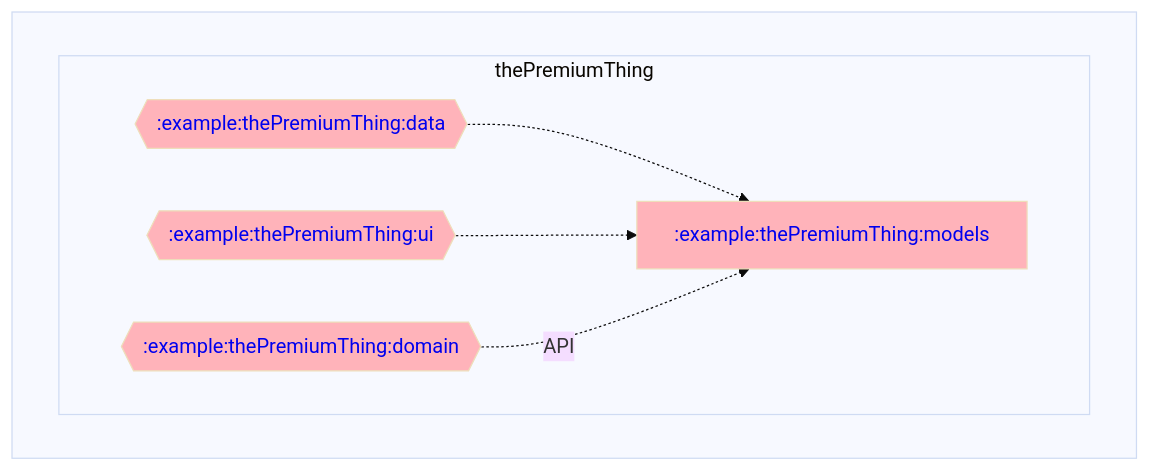
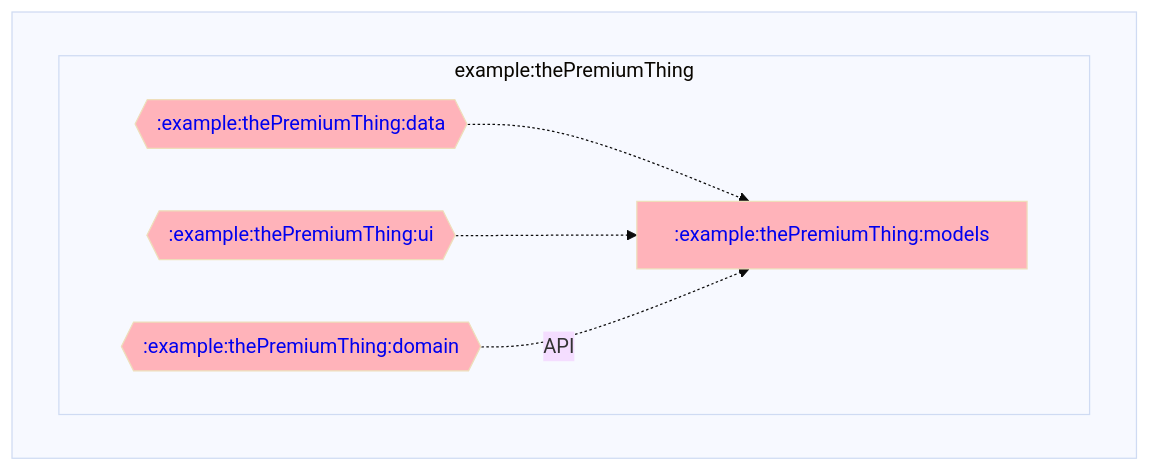
The diagram in example/thePremiumThing/models/dependencyGraph.md (adityabhaskar/Gradle-dependency-graphs), drawn with Mermaid before and after one commit. The commit also changed 13 other files, not shown here.

Commit message:
Updated dependency graphs

````diff
--- a/example/thePremiumThing/models/dependencyGraph.md
+++ b/example/thePremiumThing/models/dependencyGraph.md
@@ -1,31 +1,31 @@
 ```mermaid
 %%{ init: { 'theme': 'base' } }%%
 graph LR;
 
 %% Styling for module nodes by type
 classDef rootNode stroke-width:4px;
 classDef mppNode fill:#ffd2b3,color:#333333;
 classDef andNode fill:#baffc9,color:#333333;
 classDef javaNode fill:#ffb3ba,color:#333333;
 
 %% Modules
 subgraph  
   direction LR;
 
 
-    subgraph thePremiumThing
+    subgraph example:thePremiumThing
       direction LR;
       :example:thePremiumThing:data{{<a href='https://github.com/adityabhaskar/Gradle-dependency-graphs/blob/main/example/thePremiumThing/data/dependencyGraph.md' style='text-decoration:auto'>:example:thePremiumThing:data</a>}}:::javaNode;
       :example:thePremiumThing:domain{{<a href='https://github.com/adityabhaskar/Gradle-dependency-graphs/blob/main/example/thePremiumThing/domain/dependencyGraph.md' style='text-decoration:auto'>:example:thePremiumThing:domain</a>}}:::javaNode;
       :example:thePremiumThing:models[<a href='https://github.com/adityabhaskar/Gradle-dependency-graphs/blob/main/example/thePremiumThing/models/dependencyGraph.md' style='text-decoration:auto'>:example:thePremiumThing:models</a>]:::javaNode;
       :example:thePremiumThing:ui{{<a href='https://github.com/adityabhaskar/Gradle-dependency-graphs/blob/main/example/thePremiumThing/ui/dependencyGraph.md' style='text-decoration:auto'>:example:thePremiumThing:ui</a>}}:::javaNode;
     end
 end
 
 %% Dependencies
 
 %% Dependents
 :example:thePremiumThing:data-.->:example:thePremiumThing:models
 :example:thePremiumThing:ui-.->:example:thePremiumThing:models
 :example:thePremiumThing:domain-.API.->:example:thePremiumThing:models
 ```
````
